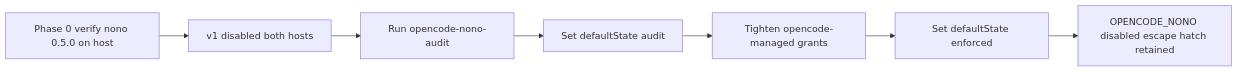
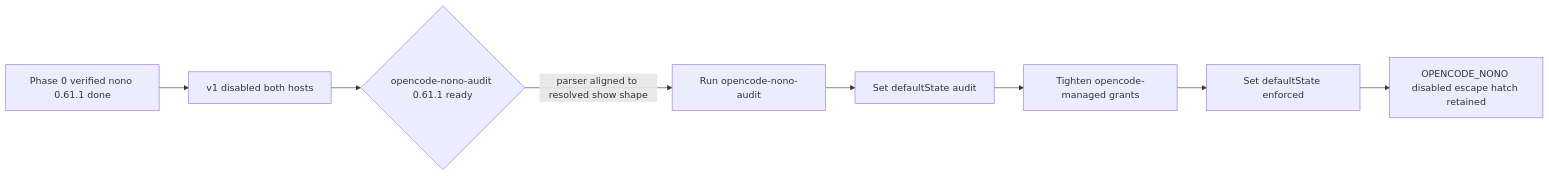
One commit to DWSR/nix-config changed the third of 3 diagrams in .kiro/specs/opencode-nono-sandbox/design.md. Above: the diagram before and after it, drawn with Mermaid. The commit also changed other lines of this file and 2 other files, not shown here.

First line of the commit message:
docs(opencode-nono-sandbox): regenerate design for nono 0.61.1 + R7

````diff
--- a/.kiro/specs/opencode-nono-sandbox/design.md
+++ b/.kiro/specs/opencode-nono-sandbox/design.md
@@ -539,9 +631,10 @@
 ```mermaid
 flowchart LR
-    Spike[Phase 0 verify nono 0.5.0 on host] --> Disabled[v1 disabled both hosts]
-    Disabled --> AuditRun[Run opencode-nono-audit]
+    Spike[Phase 0 verified nono 0.61.1 done] --> Disabled[v1 disabled both hosts]
+    Disabled --> AuditReady{opencode-nono-audit 0.61.1 ready}
+    AuditReady -->|parser aligned to resolved show shape| AuditRun[Run opencode-nono-audit]
     AuditRun --> AuditState[Set defaultState audit]
     AuditState --> Tune[Tighten opencode-managed grants]
     Tune --> Enforced[Set defaultState enforced]
     Enforced --> Rollback[OPENCODE_NONO disabled escape hatch retained]
 ```
````
